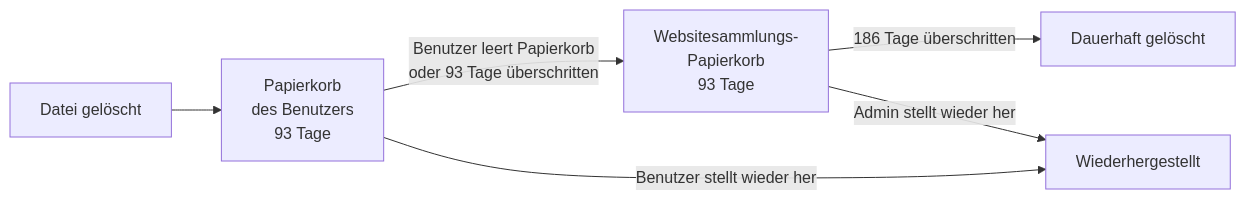
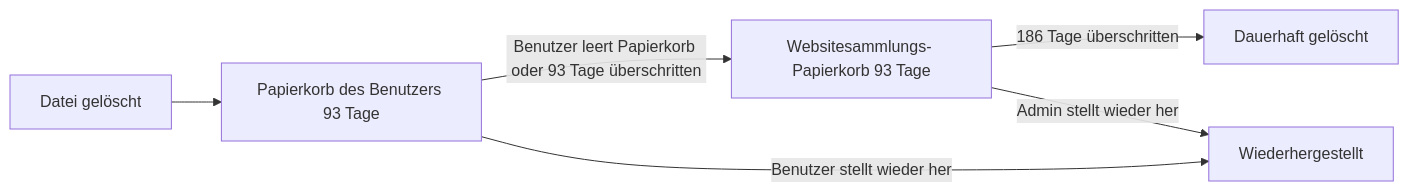
One commit to SoniiiT/notes-n-docs changed the fourth of 5 diagrams in Microsoft 365/SharePoint OneDrive/OneDrive for Business.md. Above: the diagram before and after it, drawn with Mermaid. The commit also changed other lines of this file and 124 other files, not shown here.

First line of the commit message:
fix: Entferne \n aus allen Mermaid-Diagrammen (125 Dateien)

````diff
--- a/Microsoft 365/SharePoint OneDrive/OneDrive for Business.md
+++ b/Microsoft 365/SharePoint OneDrive/OneDrive for Business.md
@@ -369,8 +369,8 @@
 ```mermaid
 flowchart LR
-    A[Datei gelöscht] --> B[Papierkorb\ndes Benutzers\n93 Tage]
-    B -->|Benutzer leert Papierkorb\noder 93 Tage überschritten| C[Websitesammlungs-\nPapierkorb\n93 Tage]
+    A[Datei gelöscht] --> B[Papierkorb des Benutzers 93 Tage]
+    B -->|Benutzer leert Papierkorb oder 93 Tage überschritten| C[Websitesammlungs- Papierkorb 93 Tage]
     C -->|186 Tage überschritten| D[Dauerhaft gelöscht]
     B -->|Benutzer stellt wieder her| E[Wiederhergestellt]
     C -->|Admin stellt wieder her| E
 ```
````
